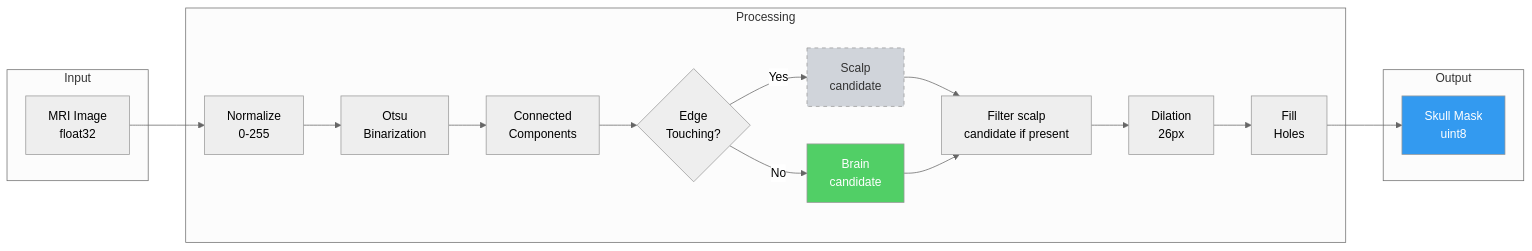
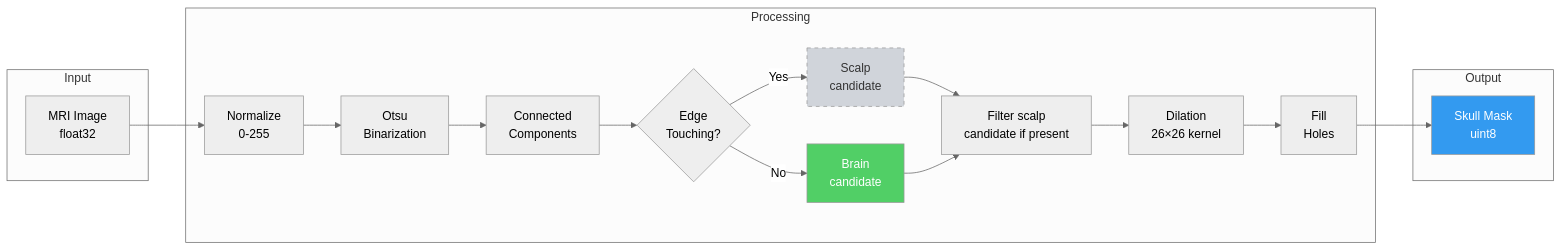
One commit to youngunghan/scitechblog changed the diagram in _posts/2025-12-29-skull-mask-generation-mri.md. Above: the diagram before and after it, drawn with Mermaid (neutral theme). The commit also changed other lines of this file and 87 other files, not shown here.

````diff
--- a/_posts/2025-12-29-skull-mask-generation-mri.md
+++ b/_posts/2025-12-29-skull-mask-generation-mri.md
@@ -50,29 +50,29 @@
 ```mermaid
 flowchart LR
     subgraph Input
         A[MRI Image<br/>float32]
     end
     
     subgraph Processing
         B[Normalize<br/>0-255] --> C[Otsu<br/>Binarization]
         C --> D[Connected<br/>Components]
         D --> E{Edge<br/>Touching?}
         E -->|Yes| F[Scalp<br/>candidate]
         E -->|No| G[Brain<br/>candidate]
         F --> I[Filter scalp<br/>candidate if present]
         G --> I
-        I --> H[Dilation<br/>26px]
+        I --> H[Dilation<br/>26×26 kernel]
         H --> J[Fill<br/>Holes]
     end
     
     subgraph Output
         K[Skull Mask<br/>uint8]
     end
     
     A --> B
     J --> K
     
     style F fill:#d0d4da,color:#333,stroke-dasharray: 5 5
     style G fill:#51cf66,color:#fff
     style K fill:#339af0,color:#fff
 ```
````
